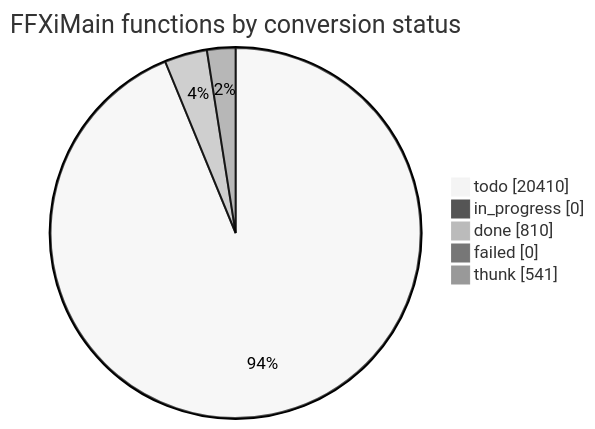
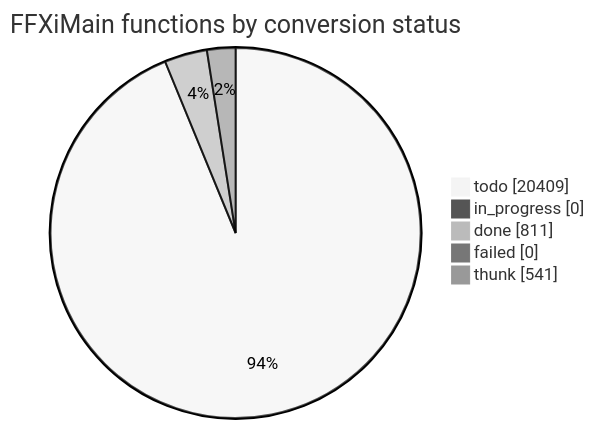
Before and after one commit to cowrevenge/cow_kuluu_xi_anything: the diagram in docs/cow/STATUS.md, drawn with Mermaid (neutral theme). The commit also changed other lines of this file and 9 other files, not shown here.

````diff
--- a/docs/cow/STATUS.md
+++ b/docs/cow/STATUS.md
@@ -18,9 +18,9 @@
 ```mermaid
 pie showData
     title FFXiMain functions by conversion status
-    "todo" : 20410
+    "todo" : 20409
     "in_progress" : 0
-    "done" : 810
+    "done" : 811
     "failed" : 0
     "thunk" : 541
 ```
````
